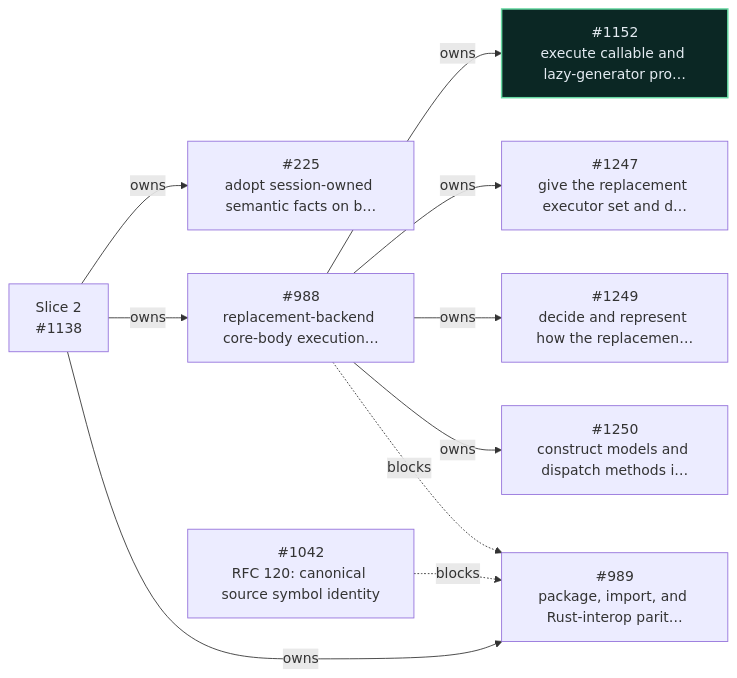
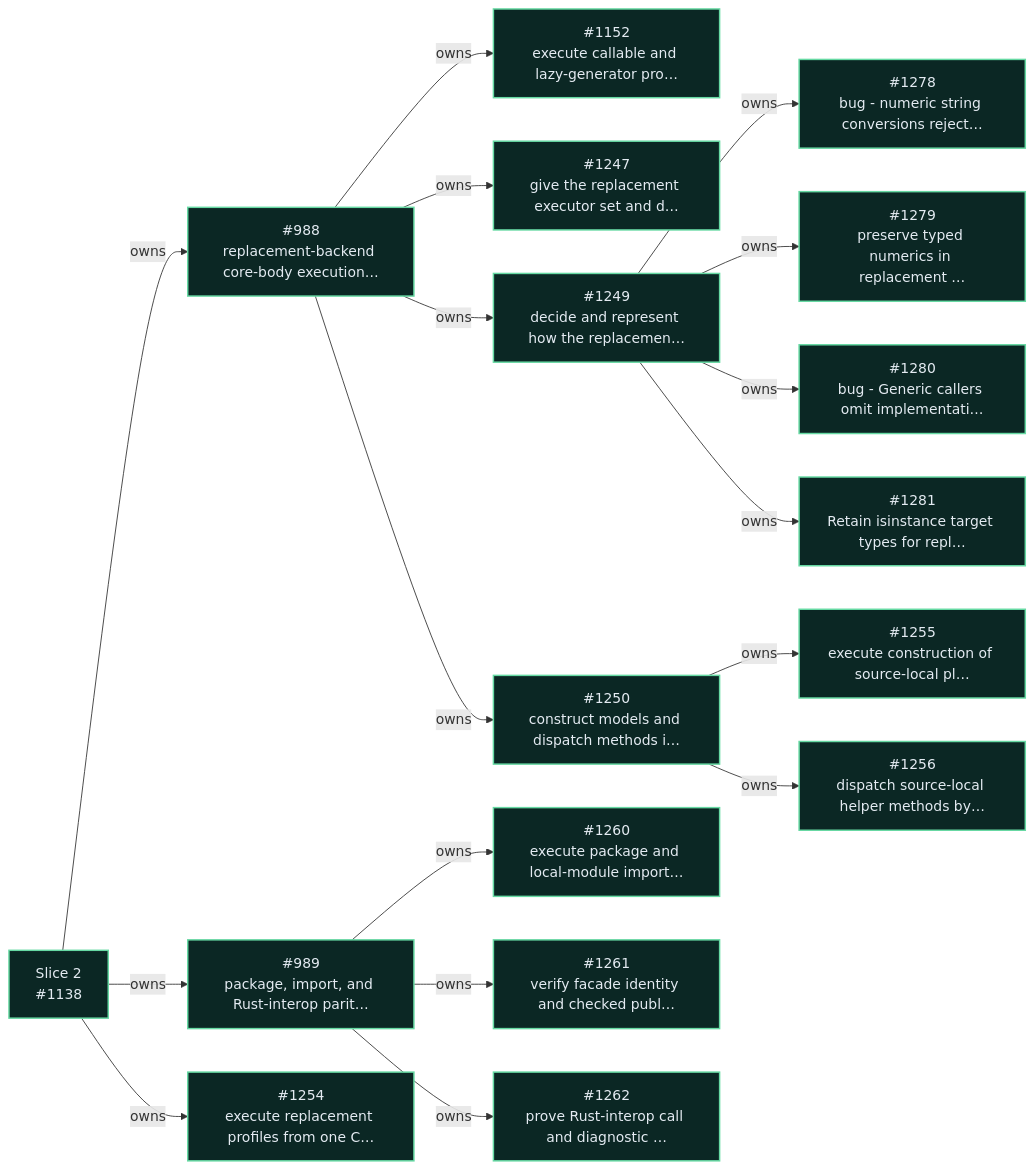
The second of 9 diagrams in workspaces/docs-site/docs/_snippets/project/v0_6_roadmap.md (dannys-code-corner/incan), drawn with Mermaid before and after one commit. The commit also changed other lines of this file and 3 other files, not shown here.

````diff
--- a/workspaces/docs-site/docs/_snippets/project/v0_6_roadmap.md
+++ b/workspaces/docs-site/docs/_snippets/project/v0_6_roadmap.md
@@ -161,32 +166,55 @@
 ```mermaid
 flowchart LR
-  i225["#225<br/>adopt session-owned semantic facts on b…"]
   i988["#988<br/>replacement-backend core-body execution…"]
   i989["#989<br/>package, import, and Rust-interop parit…"]
-  i1042["#1042<br/>RFC 120: canonical source symbol identity"]
   s1138["Slice 2<br/>#1138"]
   i1152["#1152<br/>execute callable and lazy-generator pro…"]
   i1247["#1247<br/>give the replacement executor set and d…"]
   i1249["#1249<br/>decide and represent how the replacemen…"]
   i1250["#1250<br/>construct models and dispatch methods i…"]
-  s1138 -- owns --> i225
+  i1254["#1254<br/>execute replacement profiles from one C…"]
+  i1255["#1255<br/>execute construction of source-local pl…"]
+  i1256["#1256<br/>dispatch source-local helper methods by…"]
+  i1260["#1260<br/>execute package and local-module import…"]
+  i1261["#1261<br/>verify facade identity and checked publ…"]
+  i1262["#1262<br/>prove Rust-interop call and diagnostic …"]
+  i1278["#1278<br/>bug - numeric string conversions reject…"]
+  i1279["#1279<br/>preserve typed numerics in replacement …"]
+  i1280["#1280<br/>bug - Generic callers omit implementati…"]
+  i1281["#1281<br/>Retain isinstance target types for repl…"]
   s1138 -- owns --> i988
   s1138 -- owns --> i989
   i988 -- owns --> i1152
   i988 -- owns --> i1247
   i988 -- owns --> i1249
   i988 -- owns --> i1250
-  i1042 -. blocks .-> i989
-  i988 -. blocks .-> i989
+  s1138 -- owns --> i1254
+  i1250 -- owns --> i1255
+  i1250 -- owns --> i1256
+  i989 -- owns --> i1260
+  i989 -- owns --> i1261
+  i989 -- owns --> i1262
+  i1249 -- owns --> i1278
+  i1249 -- owns --> i1279
+  i1249 -- owns --> i1280
+  i1249 -- owns --> i1281
   classDef incv06complete fill:#0b2724,stroke:#66d9a3,color:#e4ebf2,stroke-width:1.7px
-  class i1152 incv06complete
-  click i225 href "https://github.com/encero-systems/incan/issues/225" "Open #225 on GitHub"
+  class i988,i989,s1138,i1152,i1247,i1249,i1250,i1254,i1255,i1256,i1260,i1261,i1262,i1278,i1279,i1280,i1281 incv06complete
   click i988 href "https://github.com/encero-systems/incan/issues/988" "Open #988 on GitHub"
   click i989 href "https://github.com/encero-systems/incan/issues/989" "Open #989 on GitHub"
-  click i1042 href "https://github.com/encero-systems/incan/issues/1042" "Open #1042 on GitHub"
   click s1138 href "https://github.com/encero-systems/incan/issues/1138" "Open #1138 on GitHub"
   click i1152 href "https://github.com/encero-systems/incan/issues/1152" "Open #1152 on GitHub"
   click i1247 href "https://github.com/encero-systems/incan/issues/1247" "Open #1247 on GitHub"
   click i1249 href "https://github.com/encero-systems/incan/issues/1249" "Open #1249 on GitHub"
   click i1250 href "https://github.com/encero-systems/incan/issues/1250" "Open #1250 on GitHub"
+  click i1254 href "https://github.com/encero-systems/incan/issues/1254" "Open #1254 on GitHub"
+  click i1255 href "https://github.com/encero-systems/incan/issues/1255" "Open #1255 on GitHub"
+  click i1256 href "https://github.com/encero-systems/incan/issues/1256" "Open #1256 on GitHub"
+  click i1260 href "https://github.com/encero-systems/incan/issues/1260" "Open #1260 on GitHub"
+  click i1261 href "https://github.com/encero-systems/incan/issues/1261" "Open #1261 on GitHub"
+  click i1262 href "https://github.com/encero-systems/incan/issues/1262" "Open #1262 on GitHub"
+  click i1278 href "https://github.com/encero-systems/incan/issues/1278" "Open #1278 on GitHub"
+  click i1279 href "https://github.com/encero-systems/incan/issues/1279" "Open #1279 on GitHub"
+  click i1280 href "https://github.com/encero-systems/incan/issues/1280" "Open #1280 on GitHub"
+  click i1281 href "https://github.com/encero-systems/incan/issues/1281" "Open #1281 on GitHub"
 ```
````
